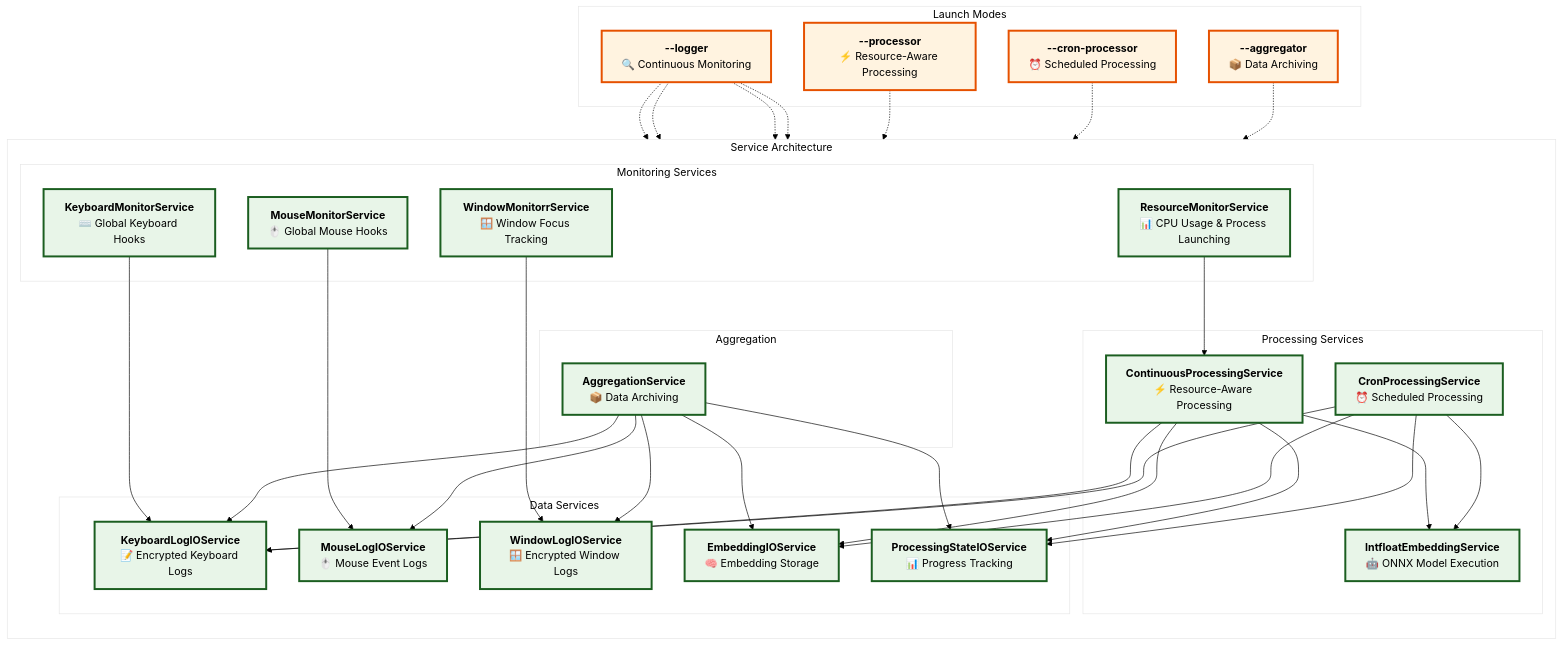
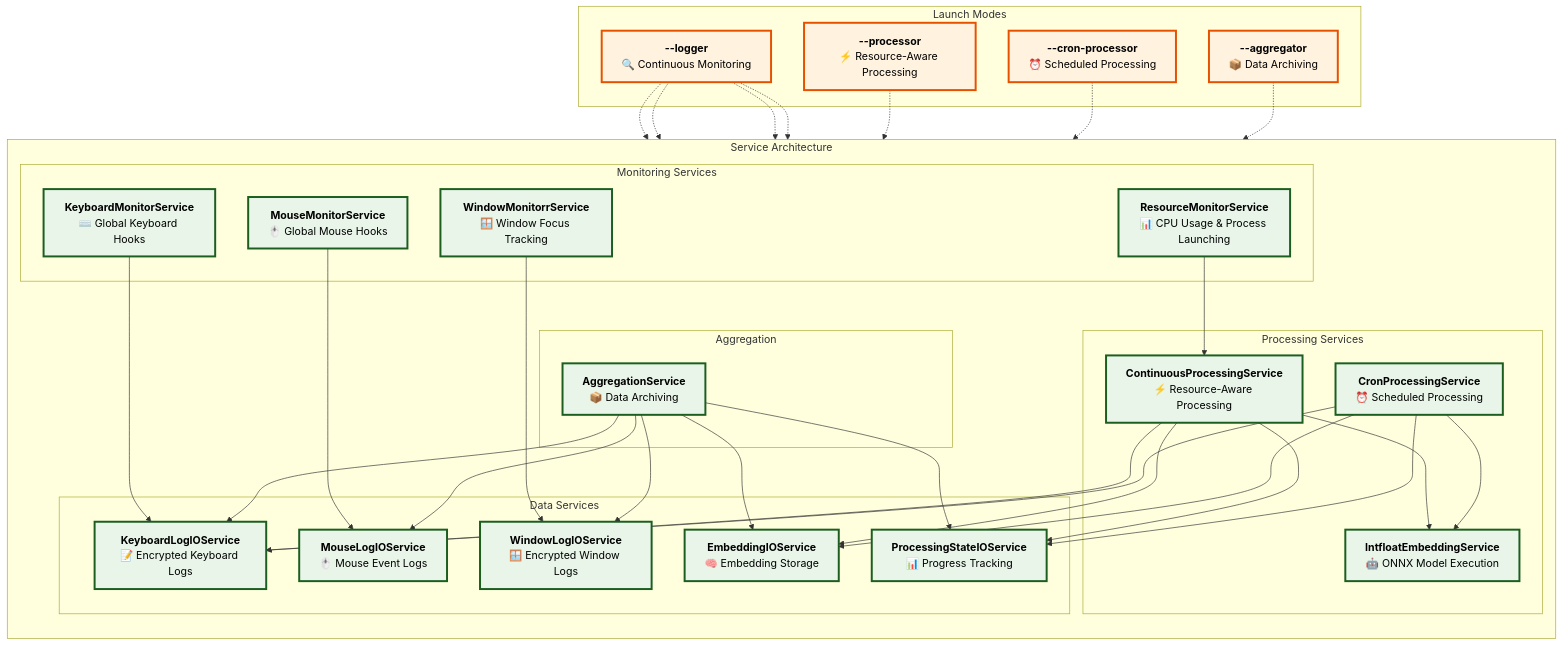
The second of 7 diagrams in README.md (Jan-Oliver/LlmEmbeddingsCpu), drawn with Mermaid before and after one commit. The commit also changed other lines of this file, not shown here.

````diff
--- a/README.md
+++ b/README.md
@@ -161,78 +160,77 @@
 ```mermaid
-%%{init: {'theme':'base', 'themeVariables': { 'primaryColor': '#ffffff', 'primaryTextColor': '#000000', 'primaryBorderColor': '#000000', 'lineColor': '#000000', 'secondaryColor': '#ffffff', 'tertiaryColor': '#ffffff', 'background': '#ffffff', 'mainBkg': '#ffffff', 'secondaryBkg': '#ffffff', 'tertiaryBkg': '#ffffff'}}}%%
 graph TB
     %% Service Flow
     subgraph "Service Architecture"
         direction TB
         subgraph "Monitoring Services"
             KMS["<b>KeyboardMonitorService</b><br/>⌨️ Global Keyboard Hooks"]
             MMS["<b>MouseMonitorService</b><br/>🖱️ Global Mouse Hooks"]
             WMS["<b>WindowMonitorrService</b><br/>🪟 Window Focus Tracking"]
             RMS["<b>ResourceMonitorService</b><br/>📊 CPU Usage & Process Launching"]
         end
         
         subgraph "Processing Services"
             CPS["<b>ContinuousProcessingService</b><br/>⚡ Resource-Aware Processing"]
             CRPS["<b>CronProcessingService</b><br/>⏰ Scheduled Processing"]
             IES["<b>IntfloatEmbeddingService</b><br/>🤖 ONNX Model Execution"]
         end
         
         subgraph "Data Services"
             KLIS["<b>KeyboardLogIOService</b><br/>📝 Encrypted Keyboard Logs"]
             MLIS["<b>MouseLogIOService</b><br/>🖱️ Mouse Event Logs"]
             WLIS["<b>WindowLogIOService</b><br/>🪟 Encrypted Window Logs"]
             EIS["<b>EmbeddingIOService</b><br/>🧠 Embedding Storage"]
             PSIS["<b>ProcessingStateIOService</b><br/>📊 Progress Tracking"]
         end
         
         subgraph "Aggregation"
             AS["<b>AggregationService</b><br/>📦 Data Archiving"]
         end
     end
     
     %% Data Flow
     KMS --> KLIS
     MMS --> MLIS
     WMS --> WLIS
     RMS --> CPS
     
     CPS --> KLIS
     CPS --> IES
     CPS --> EIS
     CPS --> PSIS
     
     CRPS --> KLIS
     CRPS --> IES
     CRPS --> EIS
     CRPS --> PSIS
     
     AS --> KLIS
     AS --> MLIS
     AS --> WLIS
     AS --> EIS
     AS --> PSIS
     
     %% Launch Modes
     subgraph "Launch Modes"
         Logger["<b>--logger</b><br/>🔍 Continuous Monitoring"]
         Processor["<b>--processor</b><br/>⚡ Resource-Aware Processing"]
         CronProcessor["<b>--cron-processor</b><br/>⏰ Scheduled Processing"]
         Aggregator["<b>--aggregator</b><br/>📦 Data Archiving"]
     end
     
     Logger -.-> KMS
     Logger -.-> MMS
     Logger -.-> WMS
     Logger -.-> RMS
     
     Processor -.-> CPS
     CronProcessor -.-> CRPS
     Aggregator -.-> AS
     
     %% Styling
     classDef service fill:#e8f5e8,stroke:#1b5e20,stroke-width:3px,color:#000000
     classDef mode fill:#fff3e0,stroke:#e65100,stroke-width:3px,color:#000000
     
     class KMS,MMS,WMS,RMS,CPS,CRPS,IES,KLIS,MLIS,WLIS,EIS,PSIS,AS service
     class Logger,Processor,CronProcessor,Aggregator mode
 ```
````
